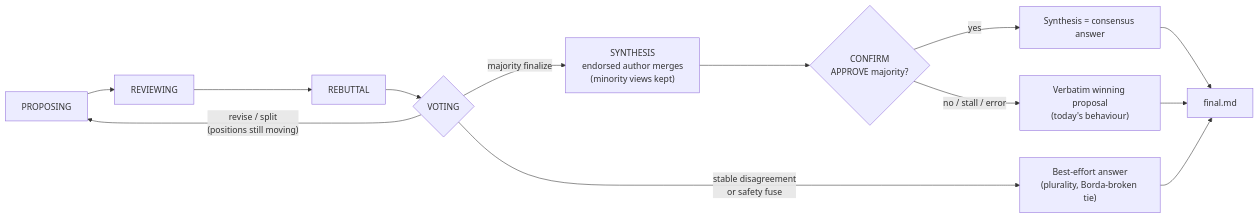
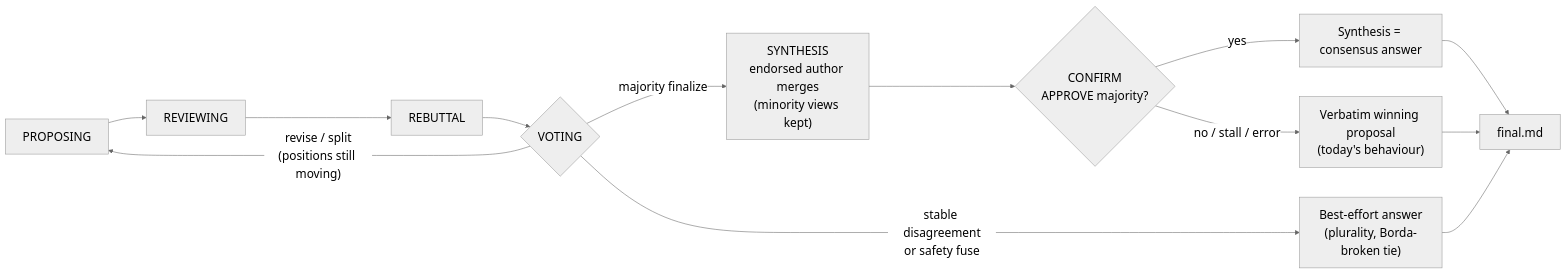
One commit to raiyanyahya/ensemble changed the diagram in README.md. Above: the diagram before and after it, drawn with Mermaid.

Commit message:
docs: enlarge the README flow diagram (bigger font + spacing)

````diff
--- a/README.md
+++ b/README.md
@@ -25,13 +25,14 @@
 ```mermaid
+%%{init: {'theme':'neutral', 'themeVariables': {'fontSize':'22px'}, 'flowchart': {'nodeSpacing': 55, 'rankSpacing': 70, 'padding': 16}}}%%
 flowchart LR
     P[PROPOSING] --> R[REVIEWING] --> B[REBUTTAL] --> V{VOTING}
     V -- "revise / split<br/>(positions still moving)" --> P
     V -- "stable disagreement<br/>or safety fuse" --> D["Best-effort answer<br/>(plurality, Borda-broken tie)"]
     V -- "majority finalize" --> S["SYNTHESIS<br/>endorsed author merges<br/>(minority views kept)"]
     S --> C{"CONFIRM<br/>APPROVE majority?"}
     C -- yes --> A1["Synthesis = consensus answer"]
     C -- "no / stall / error" --> A2["Verbatim winning proposal<br/>(today's behaviour)"]
     A1 --> F[final.md]
     A2 --> F
     D --> F
 ```
````
